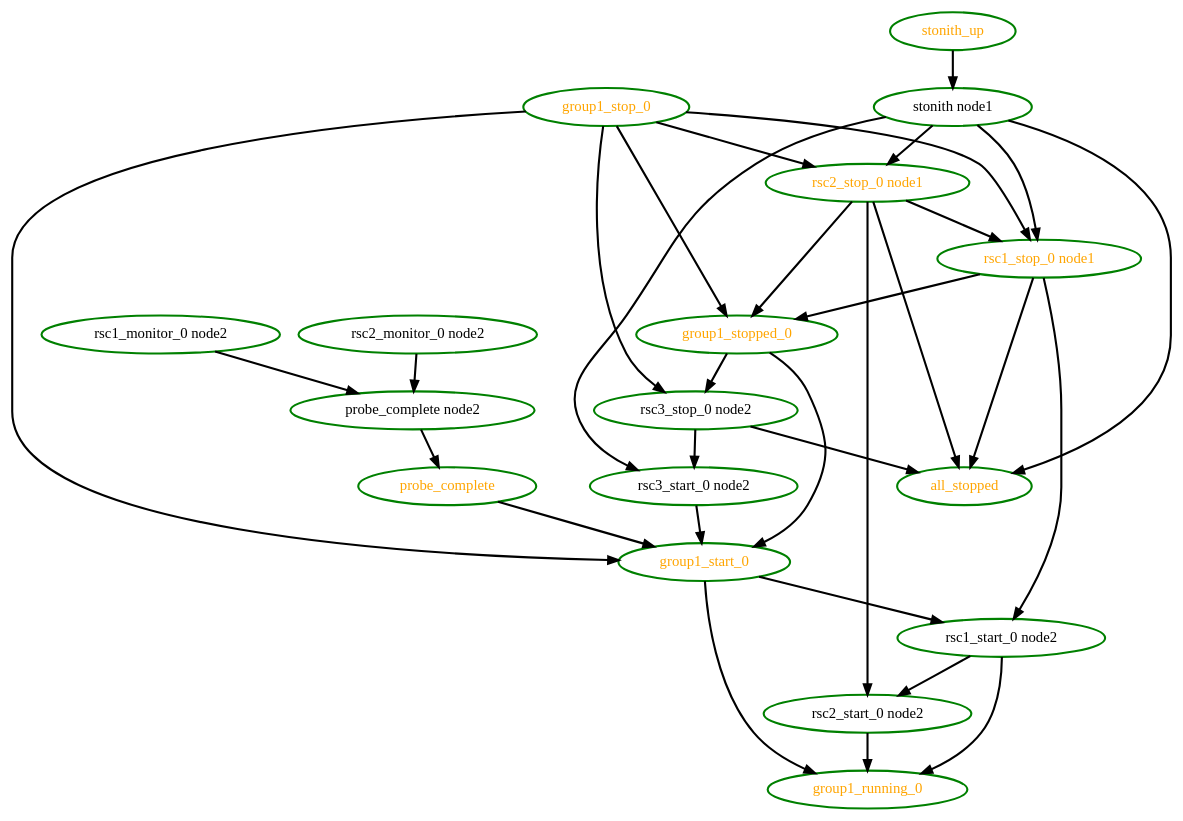
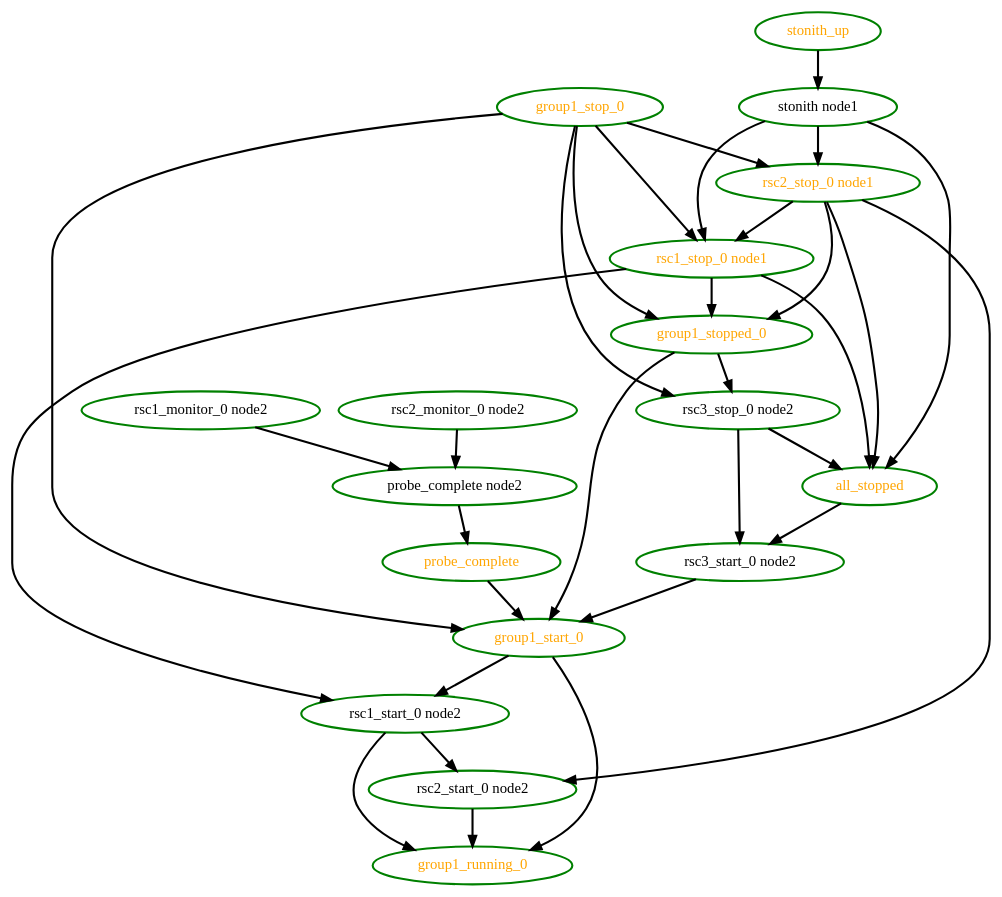
One commit to richiewen8/heartbeat changed the diagram in crm/pengine/testcases/rec-node-11.dot. Above: the diagram before and after it, drawn with Graphviz. The commit also changed 47 other files, not shown here.

Commit message:
PE: Streamline STONITH ordering. Make sure 'all_stopped' depends on all STONITH ops.

```diff
--- a/crm/pengine/testcases/rec-node-11.dot
+++ b/crm/pengine/testcases/rec-node-11.dot
@@ -1,50 +1,50 @@
  digraph "g" {
+"all_stopped" -> "rsc3_start_0 node2" [ style = bold]
 "all_stopped" [ style=bold color="green" fontcolor="orange"  ]
 "group1_running_0" [ style=bold color="green" fontcolor="orange" ]
 "group1_start_0" -> "group1_running_0" [ style = bold]
 "group1_start_0" -> "rsc1_start_0 node2" [ style = bold]
 "group1_start_0" [ style=bold color="green" fontcolor="orange" ]
 "group1_stop_0" -> "group1_start_0" [ style = bold]
 "group1_stop_0" -> "group1_stopped_0" [ style = bold]
 "group1_stop_0" -> "rsc1_stop_0 node1" [ style = bold]
 "group1_stop_0" -> "rsc2_stop_0 node1" [ style = bold]
 "group1_stop_0" -> "rsc3_stop_0 node2" [ style = bold]
 "group1_stop_0" [ style=bold color="green" fontcolor="orange" ]
 "group1_stopped_0" -> "group1_start_0" [ style = bold]
 "group1_stopped_0" -> "rsc3_stop_0 node2" [ style = bold]
 "group1_stopped_0" [ style=bold color="green" fontcolor="orange" ]
 "probe_complete node2" -> "probe_complete" [ style = bold]
 "probe_complete node2" [ style=bold color="green" fontcolor="black" ]
 "probe_complete" -> "group1_start_0" [ style = bold]
 "probe_complete" [ style=bold color="green" fontcolor="orange" ]
 "rsc1_monitor_0 node2" -> "probe_complete node2" [ style = bold]
 "rsc1_monitor_0 node2" [ style=bold color="green" fontcolor="black" ]
 "rsc1_start_0 node2" -> "group1_running_0" [ style = bold]
 "rsc1_start_0 node2" -> "rsc2_start_0 node2" [ style = bold]
 "rsc1_start_0 node2" [ style=bold color="green" fontcolor="black" ]
 "rsc1_stop_0 node1" -> "all_stopped" [ style = bold]
 "rsc1_stop_0 node1" -> "group1_stopped_0" [ style = bold]
 "rsc1_stop_0 node1" -> "rsc1_start_0 node2" [ style = bold]
 "rsc1_stop_0 node1" [ style=bold color="green" fontcolor="orange" ]
 "rsc2_monitor_0 node2" -> "probe_complete node2" [ style = bold]
 "rsc2_monitor_0 node2" [ style=bold color="green" fontcolor="black" ]
 "rsc2_start_0 node2" -> "group1_running_0" [ style = bold]
 "rsc2_start_0 node2" [ style=bold color="green" fontcolor="black" ]
 "rsc2_stop_0 node1" -> "all_stopped" [ style = bold]
 "rsc2_stop_0 node1" -> "group1_stopped_0" [ style = bold]
 "rsc2_stop_0 node1" -> "rsc1_stop_0 node1" [ style = bold]
 "rsc2_stop_0 node1" -> "rsc2_start_0 node2" [ style = bold]
 "rsc2_stop_0 node1" [ style=bold color="green" fontcolor="orange" ]
 "rsc3_start_0 node2" -> "group1_start_0" [ style = bold]
 "rsc3_start_0 node2" [ style=bold color="green" fontcolor="black" ]
 "rsc3_stop_0 node2" -> "all_stopped" [ style = bold]
 "rsc3_stop_0 node2" -> "rsc3_start_0 node2" [ style = bold]
 "rsc3_stop_0 node2" [ style=bold color="green" fontcolor="black" ]
 "stonith node1" -> "all_stopped" [ style = bold]
 "stonith node1" -> "rsc1_stop_0 node1" [ style = bold]
 "stonith node1" -> "rsc2_stop_0 node1" [ style = bold]
-"stonith node1" -> "rsc3_start_0 node2" [ style = bold]
 "stonith node1" [ style=bold color="green" fontcolor="black" ]
 "stonith_up" -> "stonith node1" [ style = bold]
 "stonith_up" [ style=bold color="green" fontcolor="orange"  ]
 }
```
